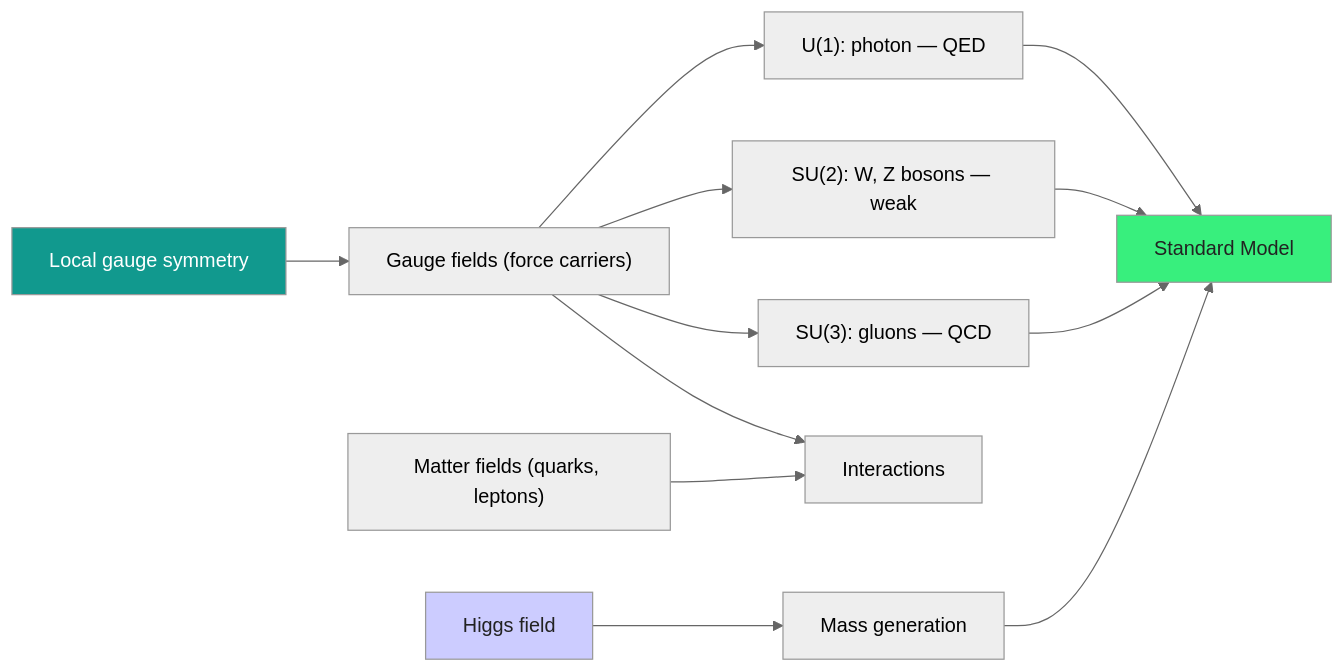
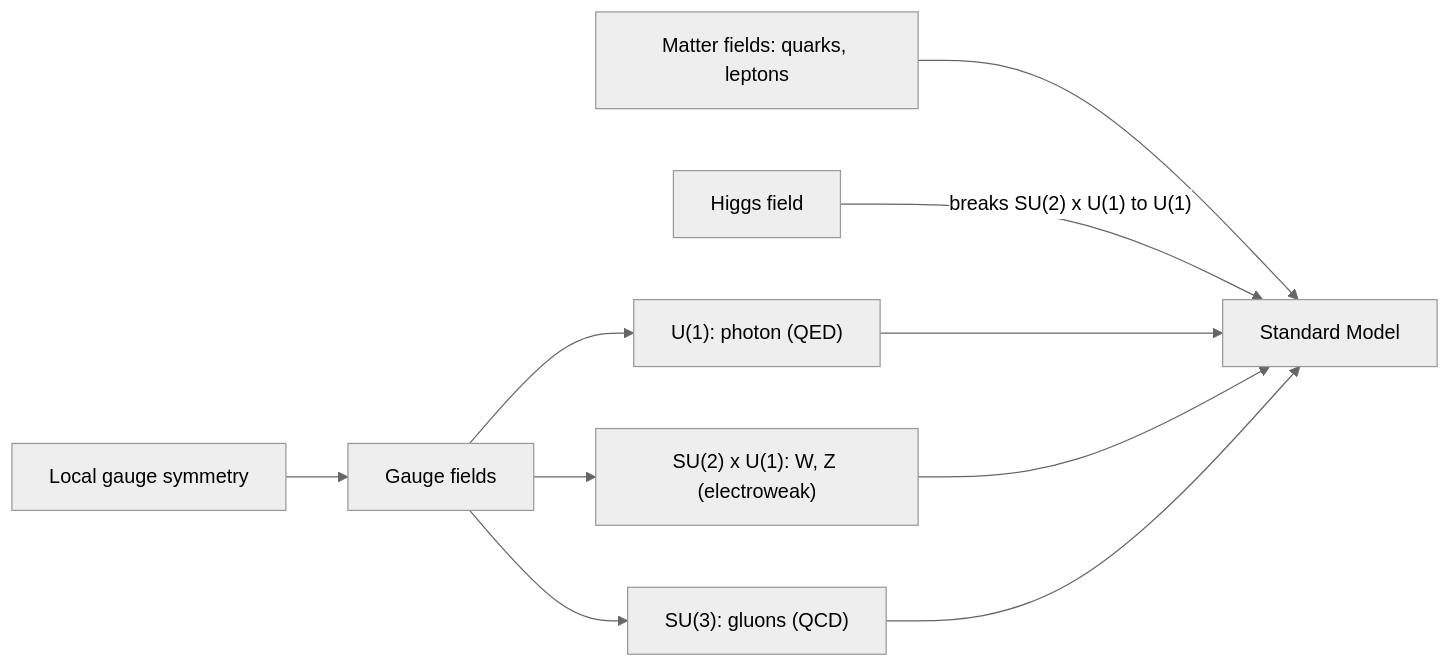
Before and after one commit to AndrewAltimit/Documentation: the second of 2 diagrams in github-pages/docs/physics/quantum-field-theory.md, drawn with Mermaid (neutral theme). The commit also changed other lines of this file and 240 other files, not shown here.

````diff
--- a/github-pages/docs/physics/quantum-field-theory.md
+++ b/github-pages/docs/physics/quantum-field-theory.md
@@ -42,17 +61,12 @@
 ```mermaid
 graph LR
-    SYM["Local gauge symmetry"] --> GF["Gauge fields (force carriers)"]
-    GF --> EM["U(1): photon — QED"]
-    GF --> WK["SU(2): W, Z bosons — weak"]
-    GF --> ST["SU(3): gluons — QCD"]
-    MAT["Matter fields (quarks, leptons)"] --> INT["Interactions"]
-    GF --> INT
-    HIGGS["Higgs field"] --> MASS["Mass generation"]
-    EM --> SM["Standard Model"]
+    SYM["Local gauge symmetry"] --> GF["Gauge fields"]
+    GF --> EM["U(1): photon (QED)"]
+    GF --> WK["SU(2) x U(1): W, Z (electroweak)"]
+    GF --> ST["SU(3): gluons (QCD)"]
+    MAT["Matter fields: quarks, leptons"] --> SM["Standard Model"]
+    HIGGS["Higgs field"] -->|"breaks SU(2) x U(1) to U(1)"| SM
+    EM --> SM
     WK --> SM
     ST --> SM
-    MASS --> SM
-    style SYM fill:#11998e,color:#fff
-    style SM fill:#38ef7d,color:#222
-    style HIGGS fill:#ccf,color:#222
 ```
````
